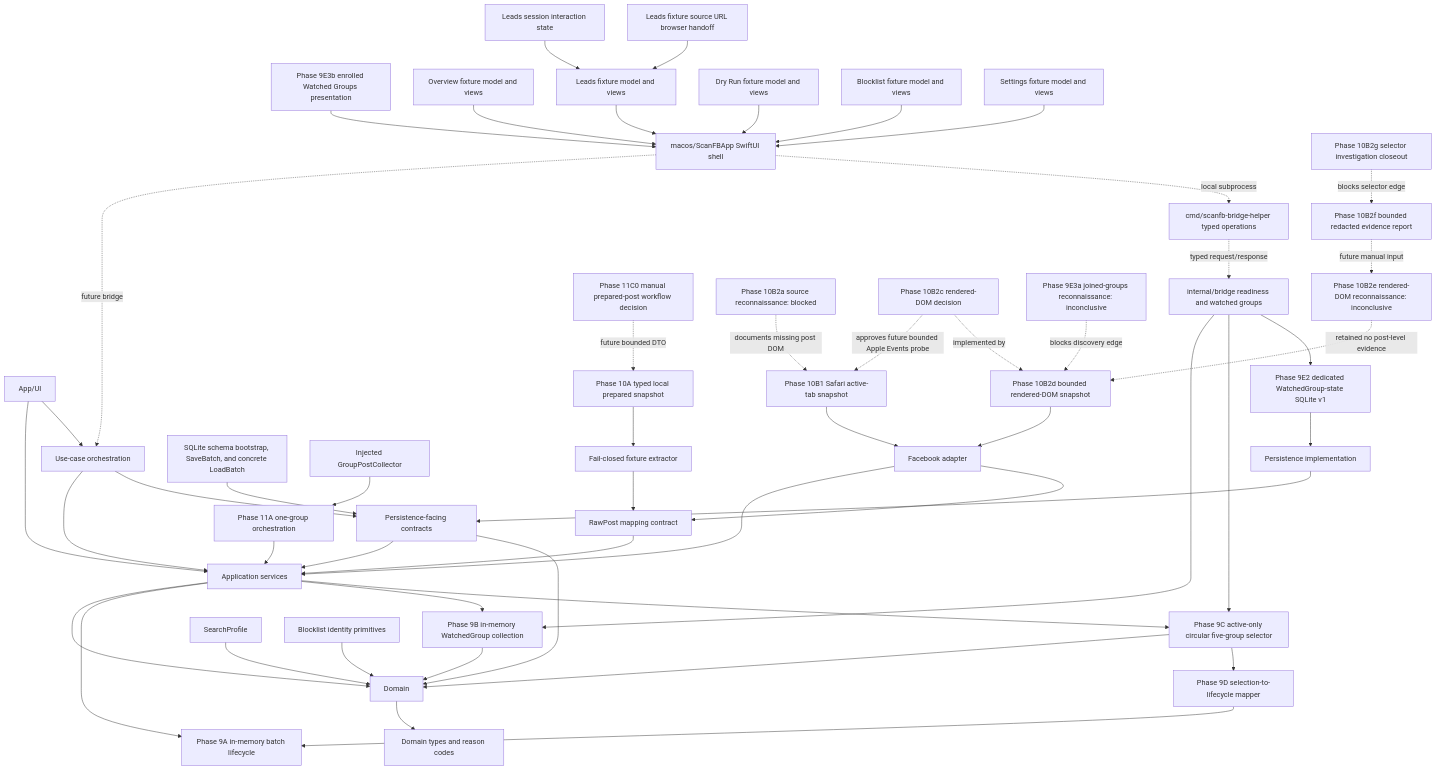
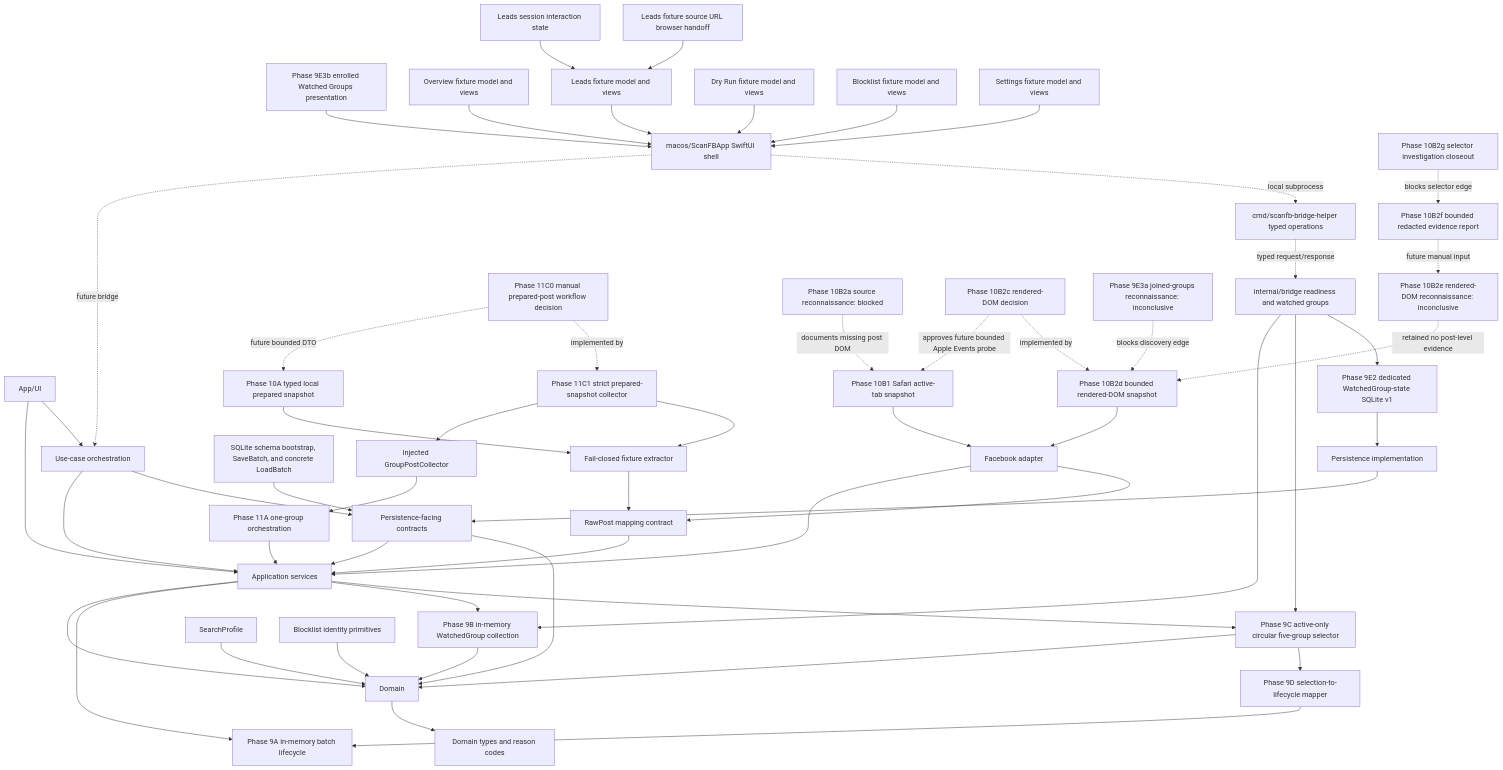
The diagram in docs/CODE_GRAPH.md (soleda2026/ScanFB), drawn with Mermaid before and after one commit. The commit also changed other lines of this file and 7 other files, not shown here.

Commit message:
feat(scan): add prepared snapshot collector

````diff
--- a/docs/CODE_GRAPH.md
+++ b/docs/CODE_GRAPH.md
@@ -7,55 +7,58 @@
 ```mermaid
 flowchart TD
     UI["App/UI"] --> APP["Application services"]
     UI --> ORCH["Use-case orchestration"]
     ORCH --> APP
     ORCH --> PERSIST_CONTRACT
     APP --> DOMAIN["Domain"]
     PERSIST_CONTRACT["Persistence-facing contracts"] --> APP
     PERSIST_CONTRACT --> DOMAIN
     PERSIST_IMPL["Persistence implementation"] --> PERSIST_CONTRACT
     SQLITE["SQLite schema bootstrap, SaveBatch, and concrete LoadBatch"] --> PERSIST_CONTRACT
     WATCHED_STATE["Phase 9E2 dedicated WatchedGroup-state SQLite v1"] --> PERSIST_IMPL
     MACOS_APP["macos/ScanFBApp SwiftUI shell"] -.future bridge.-> ORCH
     BRIDGE_HELPER["cmd/scanfb-bridge-helper typed operations"] -.typed request/response.-> BRIDGE_CORE
     BRIDGE_CORE["internal/bridge readiness and watched groups"]
     MACOS_APP -.local subprocess.-> BRIDGE_HELPER
     GROUPS_UI["Phase 9E3b enrolled Watched Groups presentation"] --> MACOS_APP
     ONE_GROUP_SCAN["Phase 11A one-group orchestration"] --> APP
     INJECTED_COLLECTOR["Injected GroupPostCollector"] --> ONE_GROUP_SCAN
     MANUAL_INPUT_DECISION["Phase 11C0 manual prepared-post workflow decision"] -.future bounded DTO.-> PREPARED_PAGE
+    PREPARED_COLLECTOR["Phase 11C1 strict prepared-snapshot collector"] --> INJECTED_COLLECTOR
+    PREPARED_COLLECTOR --> PREPARED_EXTRACTOR
+    MANUAL_INPUT_DECISION -.implemented by.-> PREPARED_COLLECTOR
     OVERVIEW_FIXTURE["Overview fixture model and views"] --> MACOS_APP
     LEADS_FIXTURE["Leads fixture model and views"] --> MACOS_APP
     LEADS_INTERACTION_STATE["Leads session interaction state"] --> LEADS_FIXTURE
     LEADS_BROWSER_HANDOFF["Leads fixture source URL browser handoff"] --> LEADS_FIXTURE
     DRYRUN_FIXTURE["Dry Run fixture model and views"] --> MACOS_APP
     BLOCKLIST_FIXTURE["Blocklist fixture model and views"] --> MACOS_APP
     SETTINGS_FIXTURE["Settings fixture model and views"] --> MACOS_APP
     FB["Facebook adapter"] --> APP
     FB --> RAW["RawPost mapping contract"]
     SAFARI_ACTIVE_TAB["Phase 10B1 Safari active-tab snapshot"] --> FB
     DOM_RECON["Phase 10B2a source reconnaissance: blocked"] -.documents missing post DOM.-> SAFARI_ACTIVE_TAB
     RENDERED_DOM_DECISION["Phase 10B2c rendered-DOM decision"] -.approves future bounded Apple Events probe.-> SAFARI_ACTIVE_TAB
     RENDERED_DOM["Phase 10B2d bounded rendered-DOM snapshot"] --> FB
     RENDERED_DOM_DECISION -.implemented by.-> RENDERED_DOM
     JOINED_GROUP_RECON["Phase 9E3a joined-groups reconnaissance: inconclusive"] -.blocks discovery edge.-> RENDERED_DOM
     RENDERED_DOM_RECON["Phase 10B2e rendered-DOM reconnaissance: inconclusive"] -.retained no post-level evidence.-> RENDERED_DOM
     REDACTED_RECON_REPORT["Phase 10B2f bounded redacted evidence report"] -.future manual input.-> RENDERED_DOM_RECON
     RENDERED_DOM_CLOSEOUT["Phase 10B2g selector investigation closeout"] -.blocks selector edge.-> REDACTED_RECON_REPORT
     PREPARED_PAGE["Phase 10A typed local prepared snapshot"] --> PREPARED_EXTRACTOR["Fail-closed fixture extractor"]
     PREPARED_EXTRACTOR --> RAW
     RAW --> APP
     APP --> LIFECYCLE["Phase 9A in-memory batch lifecycle"]
     APP --> WATCHED_GROUPS["Phase 9B in-memory WatchedGroup collection"]
     WATCHED_GROUPS --> DOMAIN
     APP --> GROUP_SELECTOR["Phase 9C active-only circular five-group selector"]
     GROUP_SELECTOR --> DOMAIN
     BRIDGE_CORE --> WATCHED_GROUPS
     BRIDGE_CORE --> GROUP_SELECTOR
     BRIDGE_CORE --> WATCHED_STATE
     GROUP_SELECTOR --> LIFECYCLE_MAPPER["Phase 9D selection-to-lifecycle mapper"]
     LIFECYCLE_MAPPER --> LIFECYCLE
     PROFILE["SearchProfile"] --> DOMAIN
     DOMAIN --> TYPES["Domain types and reason codes"]
     BLOCKLIST["Blocklist identity primitives"] --> DOMAIN
 ```
````
